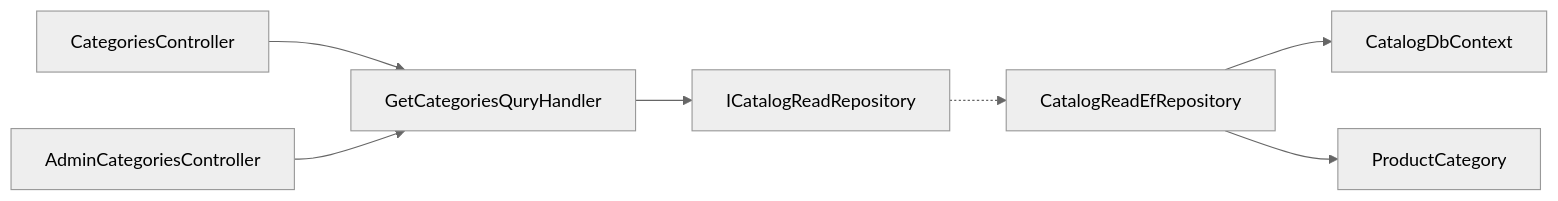
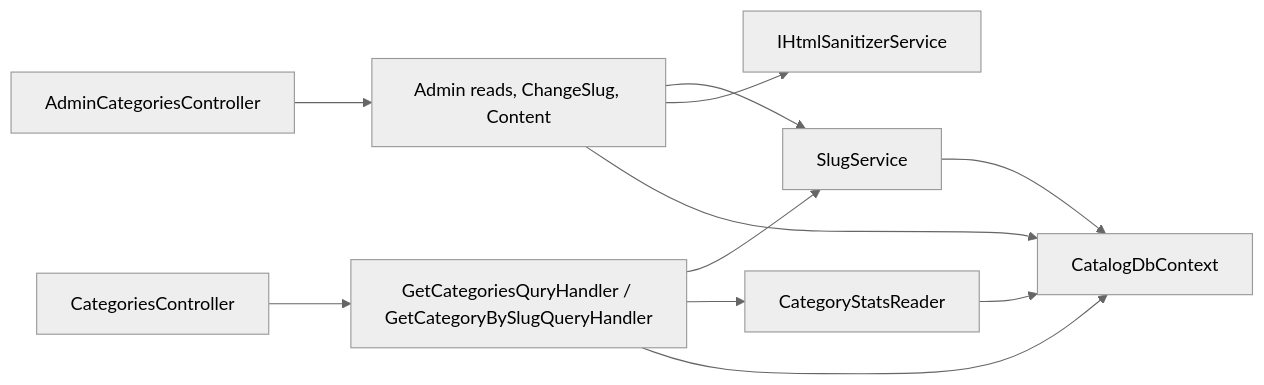
The diagram in docs/sdd/features/catalog/categories.md (Weretik/KedrStore), drawn with Mermaid (neutral theme) before and after one commit. The commit also changed other lines of this file and 12 other files, not shown here.

````diff
--- a/docs/sdd/features/catalog/categories.md
+++ b/docs/sdd/features/catalog/categories.md
@@ -32,9 +45,10 @@
 ```mermaid
 flowchart LR
-    A["CategoriesController"] --> C["GetCategoriesQuryHandler"]
-    B["AdminCategoriesController"] --> C
-    C --> D["ICatalogReadRepository<ProductCategory>"]
-    D -.-> E["CatalogReadEfRepository"]
-    E --> F["CatalogDbContext"]
-    E --> G["ProductCategory"]
+    A["CategoriesController"] --> C["GetCategoriesQuryHandler / GetCategoryBySlugQueryHandler"]
+    B["AdminCategoriesController"] --> D["Admin reads, ChangeSlug, Content"]
+    C --> S["SlugService"]
+    C --> T["CategoryStatsReader"]
+    D --> S
+    D --> H["IHtmlSanitizerService"]
+    C & D & S & T --> F["CatalogDbContext"]
 ```
````
